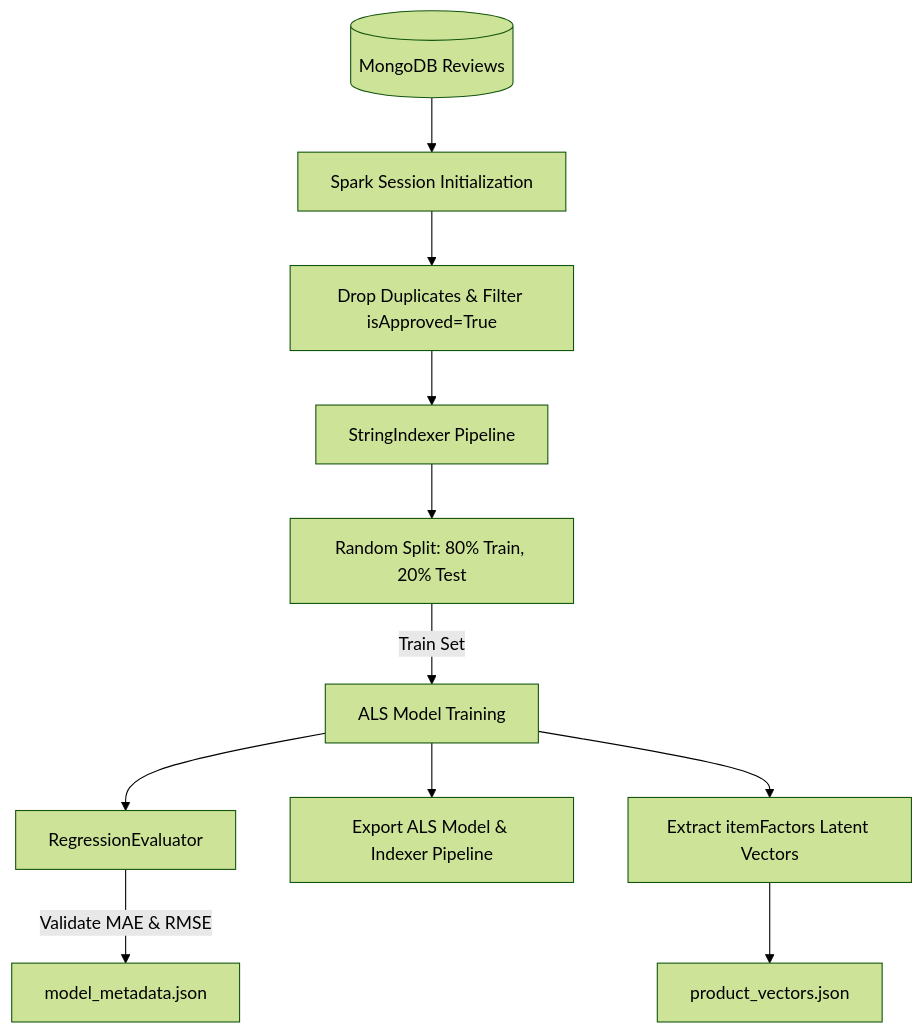
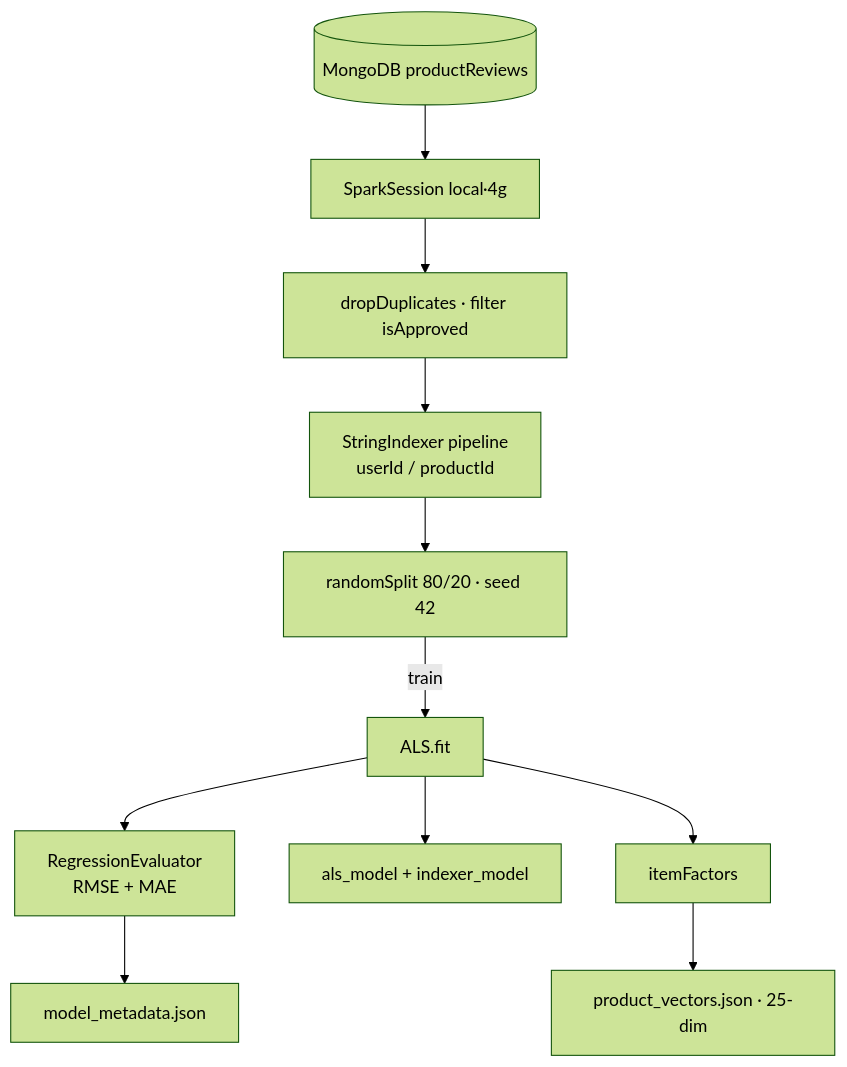
Before and after one commit to chuong1210/VShop: the seventh of 8 diagrams in README.md, drawn with Mermaid (forest theme). The commit also changed other lines of this file, not shown here.

````diff
--- a/README.md
+++ b/README.md
@@ -293,13 +333,13 @@
 ```mermaid
 flowchart TD
-    RawMongo[(MongoDB Reviews)] --> Spark[Spark Session Initialization]
-    Spark --> Cleaning[Drop Duplicates & Filter isApproved=True]
-    Cleaning --> Indexers[StringIndexer Pipeline]
-    Indexers --> Split[Random Split: 80% Train, 20% Test]
-    Split -->|Train Set| ALSAlg[ALS Model Training]
-    ALSAlg --> Eval[RegressionEvaluator]
-    Eval -->|Validate MAE & RMSE| Stats[model_metadata.json]
-    ALSAlg --> Save[Export ALS Model & Indexer Pipeline]
-    ALSAlg --> Latent[Extract itemFactors Latent Vectors]
-    Latent --> JSON[product_vectors.json]
+    RawMongo[(MongoDB productReviews)] --> Spark[SparkSession local·4g]
+    Spark --> Clean[dropDuplicates · filter isApproved]
+    Clean --> Idx[StringIndexer pipeline<br/>userId / productId]
+    Idx --> Split[randomSplit 80/20 · seed 42]
+    Split -->|train| ALSAlg[ALS.fit]
+    ALSAlg --> Eval[RegressionEvaluator<br/>RMSE + MAE]
+    Eval --> Meta[model_metadata.json]
+    ALSAlg --> SaveM[als_model + indexer_model]
+    ALSAlg --> Latent[itemFactors]
+    Latent --> JSON[product_vectors.json · 25-dim]
 ```
````
